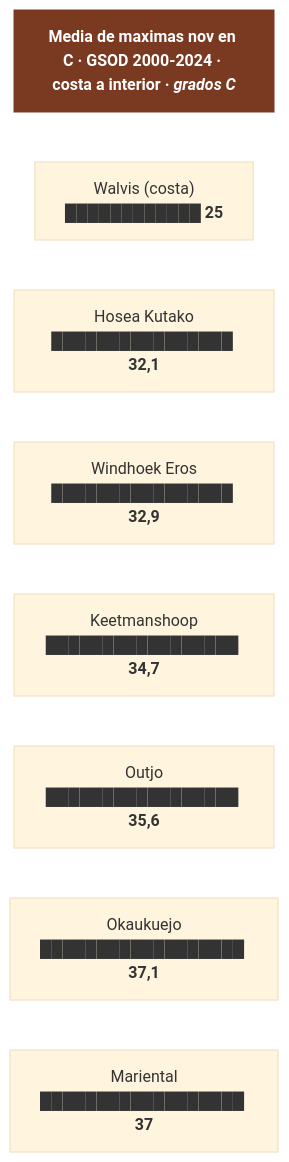
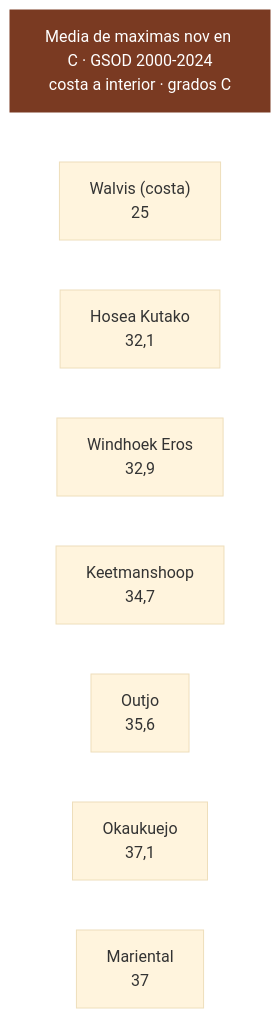
The third of 6 diagrams in 15-huecos-cerrados.md (morandeirachema/namibia), drawn with Mermaid (base theme) before and after one commit. The commit also changed other lines of this file and 14 other files, not shown here.

Commit message:
Arreglar el renderizado de los diagramas en GitHub: fuera emojis, negritas y barras ASCII de dentro de los nodos, que descuadraban la medida y recortaban el texto

````diff
--- a/15-huecos-cerrados.md
+++ b/15-huecos-cerrados.md
@@ -230,19 +230,19 @@
 ```mermaid
 flowchart TD
-    T["<b>Media de maximas nov en C · GSOD 2000-2024 · costa a interior · <i>grados C</i></b>"]
-    n0["Walvis (costa)<br/>████████████ <b>25</b>"]
-    n1["Hosea Kutako<br/>████████████████ <b>32,1</b>"]
-    n2["Windhoek Eros<br/>████████████████ <b>32,9</b>"]
-    n3["Keetmanshoop<br/>█████████████████ <b>34,7</b>"]
-    n4["Outjo<br/>█████████████████ <b>35,6</b>"]
-    n5["Okaukuejo<br/>██████████████████ <b>37,1</b>"]
-    n6["Mariental<br/>██████████████████ <b>37</b>"]
+    T["Media de maximas nov en C · GSOD 2000-2024<br/>costa a interior · grados C"]
+    n0["Walvis (costa)<br/>25"]
+    n1["Hosea Kutako<br/>32,1"]
+    n2["Windhoek Eros<br/>32,9"]
+    n3["Keetmanshoop<br/>34,7"]
+    n4["Outjo<br/>35,6"]
+    n5["Okaukuejo<br/>37,1"]
+    n6["Mariental<br/>37"]
     T ~~~ n0
     n0 ~~~ n1
     n1 ~~~ n2
     n2 ~~~ n3
     n3 ~~~ n4
     n4 ~~~ n5
     n5 ~~~ n6
     style T fill:#7a3a22,color:#fff,stroke:#7a3a22
 ```
````
